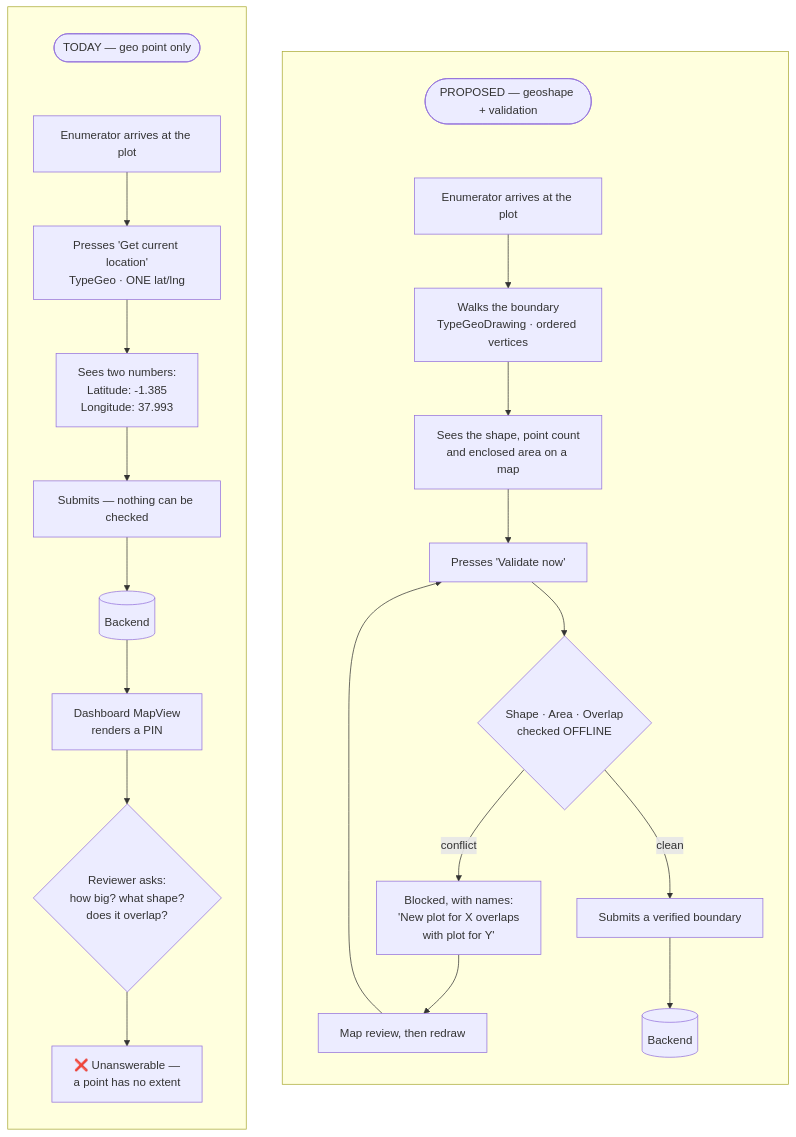
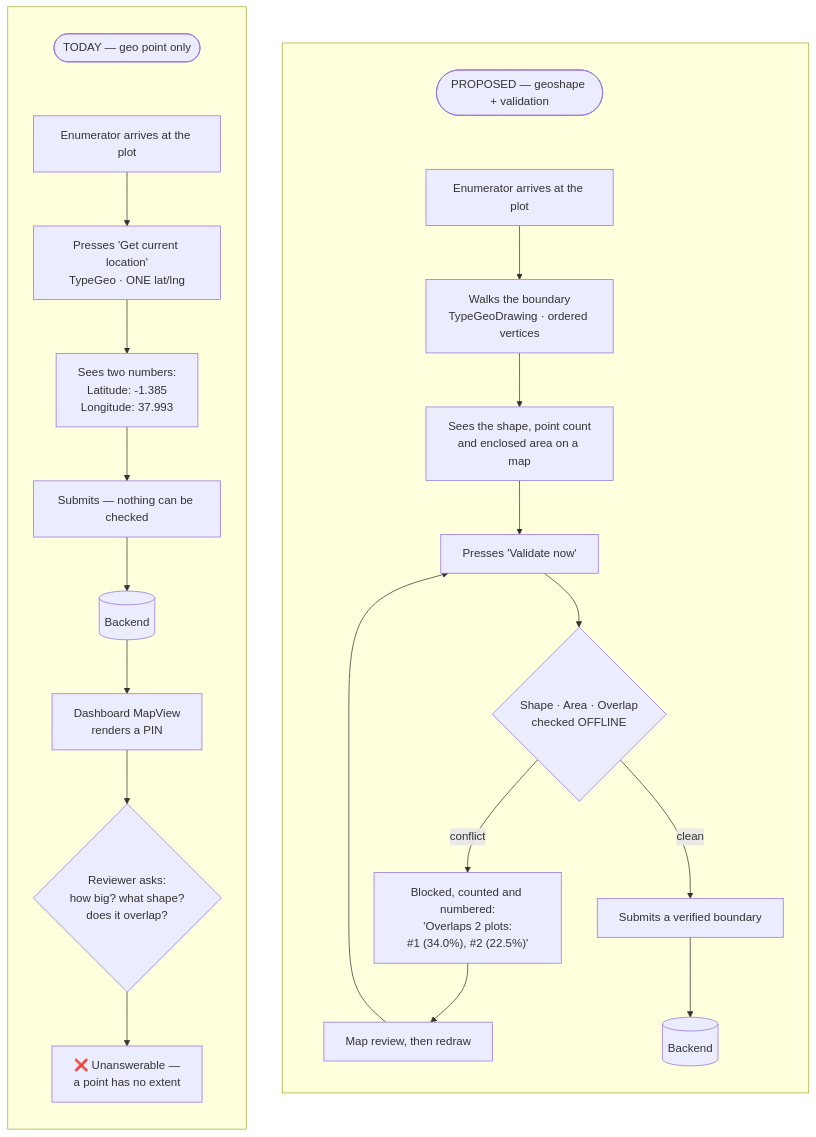
Before and after one commit to akvo/akvo-mis: the second of 11 diagrams in doc/claude/polygon-validation-task-breakdown.md, drawn with Mermaid. The commit also changed other lines of this file and 65 other files, not shown here.

````diff
--- a/doc/claude/polygon-validation-task-breakdown.md
+++ b/doc/claude/polygon-validation-task-breakdown.md
@@ -358,32 +377,32 @@
 ```mermaid
 flowchart LR
     subgraph now[" "]
         direction TB
         NT(["TODAY — geo point only"])
         NT ~~~ N1
         N1[Enumerator arrives at the plot] --> N2["Presses 'Get current location'<br/>TypeGeo · ONE lat/lng"]
         N2 --> N3["Sees two numbers:<br/>Latitude: -1.385<br/>Longitude: 37.993"]
         N3 --> N4[Submits — nothing can be checked]
         N4 --> N5[(Backend)]
         N5 --> N6["Dashboard MapView<br/>renders a PIN"]
         N6 --> N7{"Reviewer asks:<br/>how big? what shape?<br/>does it overlap?"}
         N7 --> N8["❌ Unanswerable —<br/>a point has no extent"]
     end
 
     subgraph next[" "]
         direction TB
         PT(["PROPOSED — geoshape + validation"])
         PT ~~~ P1
         P1[Enumerator arrives at the plot] --> P2["Walks the boundary<br/>TypeGeoDrawing · ordered vertices"]
         P2 --> P3["Sees the shape, point count<br/>and enclosed area on a map"]
         P3 --> P4["Presses 'Validate now'"]
         P4 --> P5{"Shape · Area · Overlap<br/>checked OFFLINE"}
-        P5 -->|conflict| P6["Blocked, with names:<br/>'New plot for X overlaps<br/>with plot for Y'"]
+        P5 -->|conflict| P6["Blocked, counted and numbered:<br/>'Overlaps 2 plots:<br/>#1 (34.0%), #2 (22.5%)'"]
         P6 --> P7[Map review, then redraw]
         P7 --> P4
         P5 -->|clean| P8[Submits a verified boundary]
         P8 --> P9[(Backend)]
     end
 
     now ~~~ next
 ```
````
